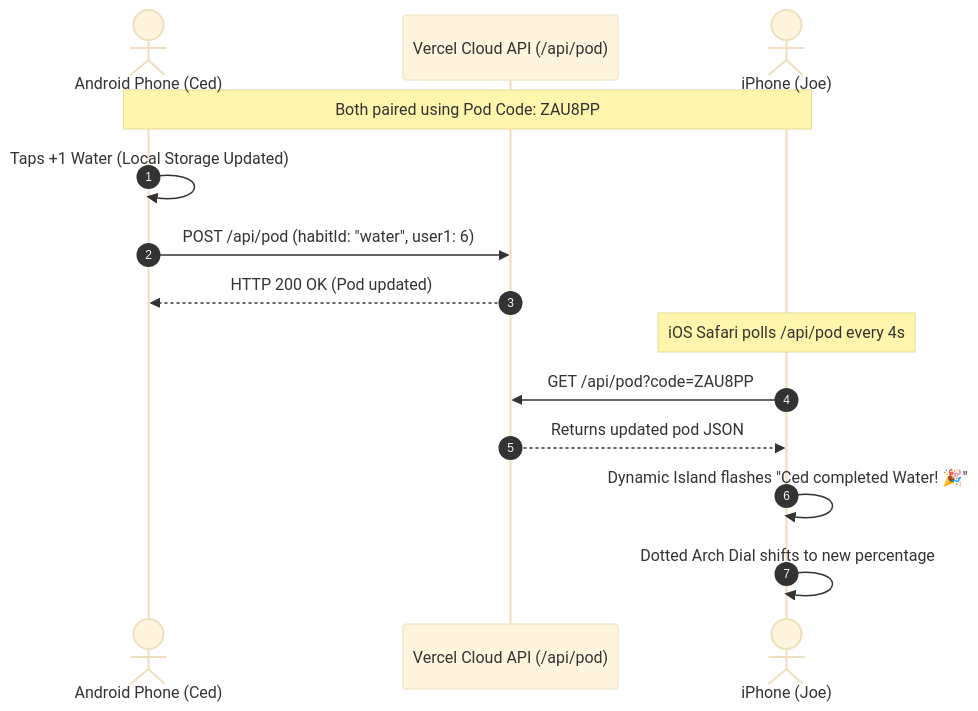
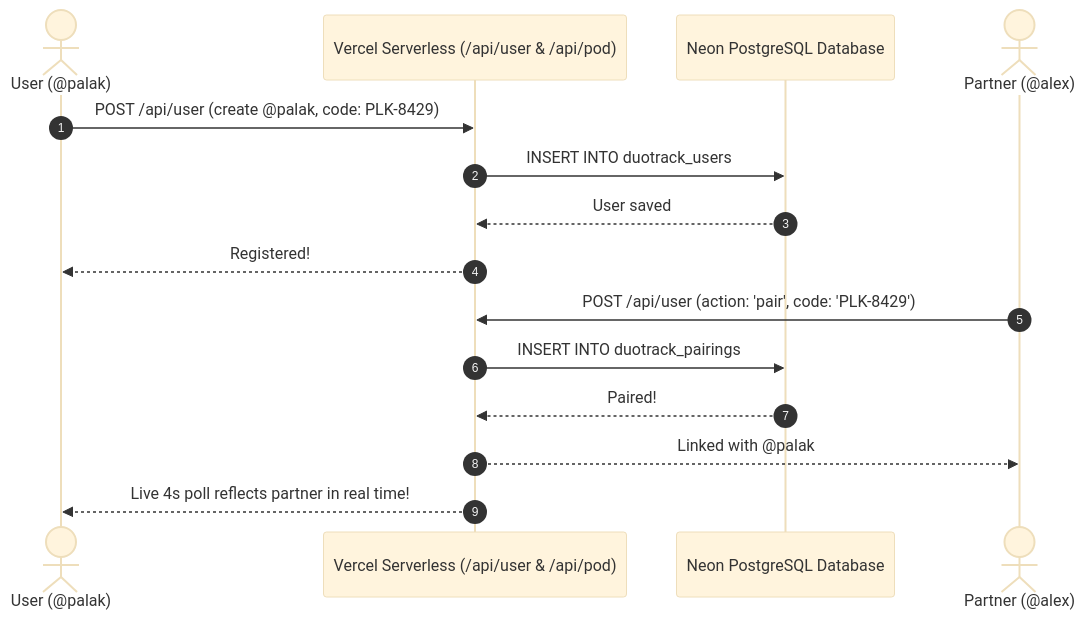
One commit to palakharinkhede4/DayByDay changed the diagram in README.md. Above: the diagram before and after it, drawn with Mermaid (base theme). The commit also changed other lines of this file and 18 other files, not shown here.

Commit message:
feat: real user accounts with secret codes, solo & pod tracking, Neon DB integration, Light/Dark/Auto themes, responsive web/mobile layout, and GitHub Actions APK release

````diff
--- a/README.md
+++ b/README.md
@@ -66,17 +69,18 @@
 ```mermaid
 sequenceDiagram
     autonumber
-    actor Android as Android Phone (Ced)
-    participant Vercel as Vercel Cloud API (/api/pod)
-    actor iOS as iPhone (Joe)
+    actor User as User (@palak)
+    participant Vercel as Vercel Serverless (/api/user & /api/pod)
+    participant Neon as Neon PostgreSQL Database
+    actor Partner as Partner (@alex)
 
-    Note over Android,iOS: Both paired using Pod Code: ZAU8PP
-    Android->>Android: Taps +1 Water (Local Storage Updated)
-    Android->>Vercel: POST /api/pod (habitId: "water", user1: 6)
-    Vercel-->>Android: HTTP 200 OK (Pod updated)
-    Note over iOS: iOS Safari polls /api/pod every 4s
-    iOS->>Vercel: GET /api/pod?code=ZAU8PP
-    Vercel-->>iOS: Returns updated pod JSON
-    iOS->>iOS: Dynamic Island flashes "Ced completed Water! 🎉"
-    iOS->>iOS: Dotted Arch Dial shifts to new percentage
+    User->>Vercel: POST /api/user (create @palak, code: PLK-8429)
+    Vercel->>Neon: INSERT INTO duotrack_users
+    Neon-->>Vercel: User saved
+    Vercel-->>User: Registered!
+    Partner->>Vercel: POST /api/user (action: 'pair', code: 'PLK-8429')
+    Vercel->>Neon: INSERT INTO duotrack_pairings
+    Neon-->>Vercel: Paired!
+    Vercel-->>Partner: Linked with @palak
+    Vercel-->>User: Live 4s poll reflects partner in real time!
 ```
````
